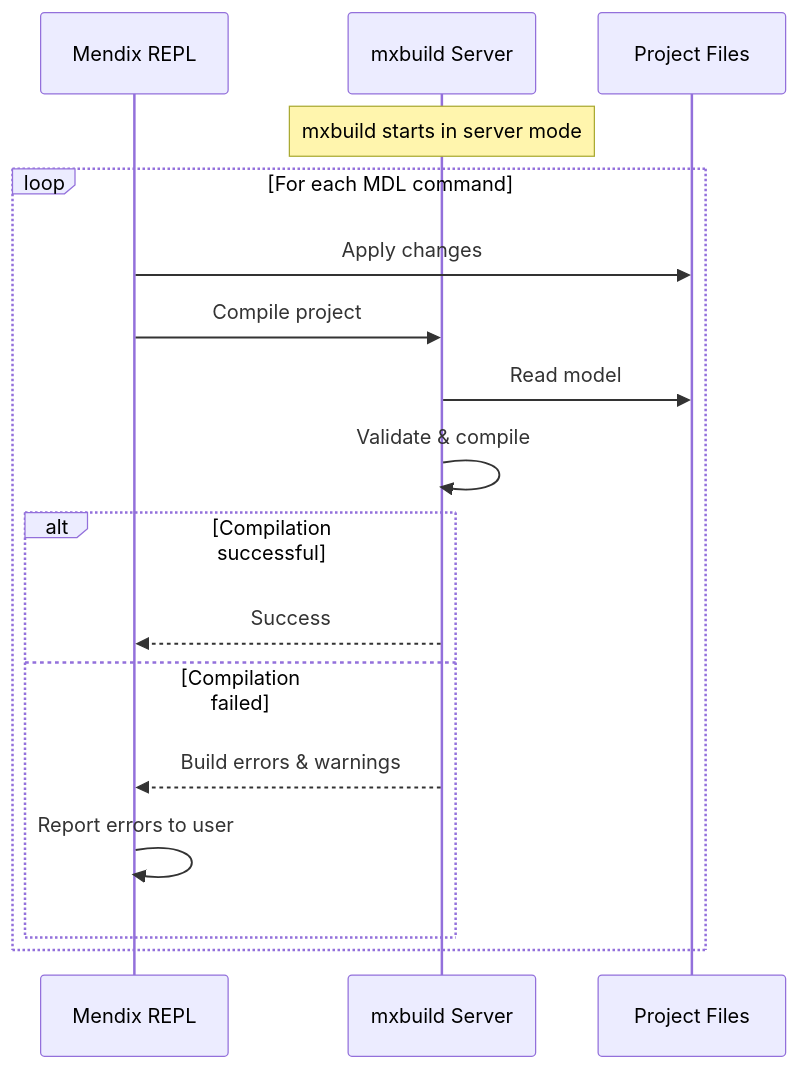
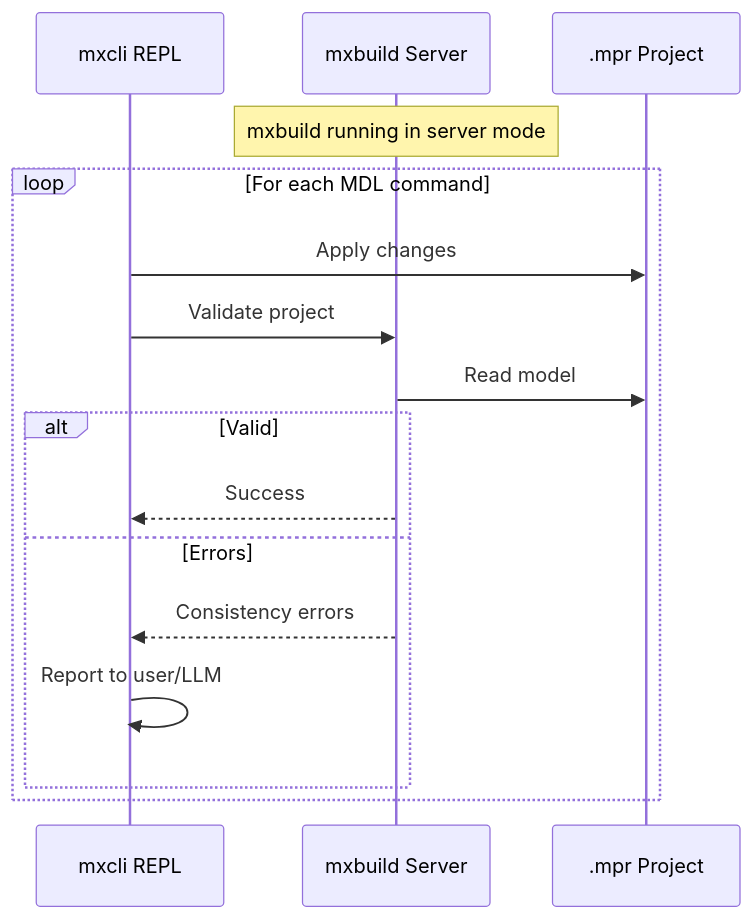
The fourth of 6 diagrams in docs/13-vision/vision.md (bdreesen/mxcli), drawn with Mermaid before and after one commit. The commit also changed other lines of this file, not shown here.

First line of the commit message:
Update vision document to reflect actual architecture and current state

````diff
--- a/docs/13-vision/vision.md
+++ b/docs/13-vision/vision.md
@@ -265,21 +216,20 @@
 ```mermaid
 sequenceDiagram
-    participant REPL as Mendix REPL
+    participant REPL as mxcli REPL
     participant MXB as mxbuild Server
-    participant PROJ as Project Files
-    
-    Note over MXB: mxbuild starts in server mode
-    
+    participant PROJ as .mpr Project
+
+    Note over MXB: mxbuild running in server mode
+
     loop For each MDL command
         REPL->>PROJ: Apply changes
-        REPL->>MXB: Compile project
+        REPL->>MXB: Validate project
         MXB->>PROJ: Read model
-        MXB->>MXB: Validate & compile
-        alt Compilation successful
+        alt Valid
             MXB-->>REPL: Success
-        else Compilation failed
-            MXB-->>REPL: Build errors & warnings
-            REPL->>REPL: Report errors to user
+        else Errors
+            MXB-->>REPL: Consistency errors
+            REPL->>REPL: Report to user/LLM
         end
     end
 ```
````
